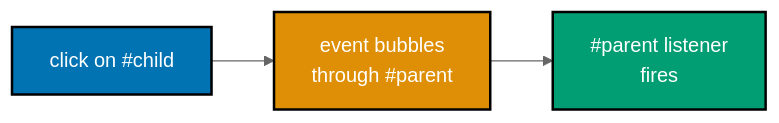
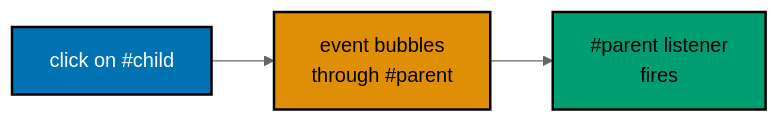
The sixth of 14 diagrams in apps/ayokoding-www/content/en/learn/courses/frontend-essentials/learning/intermediate.md (wahidyankf/ose-public), drawn with Mermaid (neutral theme) before and after one commit. The commit also changed other lines of this file and 144 other files, not shown here.

First line of the commit message:
fix(mermaid): bring the first half of the courses diagrams onto the accessible palette

````diff
--- a/apps/ayokoding-www/content/en/learn/courses/frontend-essentials/learning/intermediate.md
+++ b/apps/ayokoding-www/content/en/learn/courses/frontend-essentials/learning/intermediate.md
@@ -612,9 +627,12 @@
 ```mermaid
 %% Color Palette: Blue #0173B2, Orange #DE8F05, Teal #029E73
 flowchart LR
+    accTitle: Example 36: Event Bubbling
+    accDescr: Flowchart with 3 nodes and 2 connections. Nodes: click on child, event bubbles through parent, parent listener fires. Connections: click on child to event bubbles through parent, event bubbles through parent to parent listener fires.
     A["click on #child"]:::blue --> B["event bubbles<br/>through #parent"]:::orange --> C["#parent listener<br/>fires"]:::teal
 
     classDef blue fill:#0173B2,stroke:#000000,color:#FFFFFF,stroke-width:2px
-    classDef orange fill:#DE8F05,stroke:#000000,color:#FFFFFF,stroke-width:2px
-    classDef teal fill:#029E73,stroke:#000000,color:#FFFFFF,stroke-width:2px
+    classDef orange fill:#DE8F05,stroke:#000000,color:#000000,stroke-width:2px
+    classDef teal fill:#029E73,stroke:#000000,color:#000000,stroke-width:2px
+    classDef default fill:#FFFFFF,stroke:#000000,color:#000000
 ```
````
